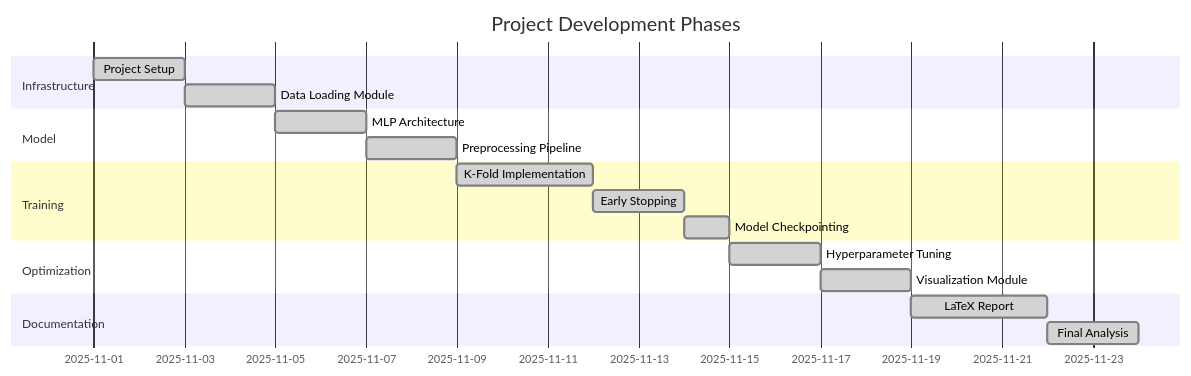
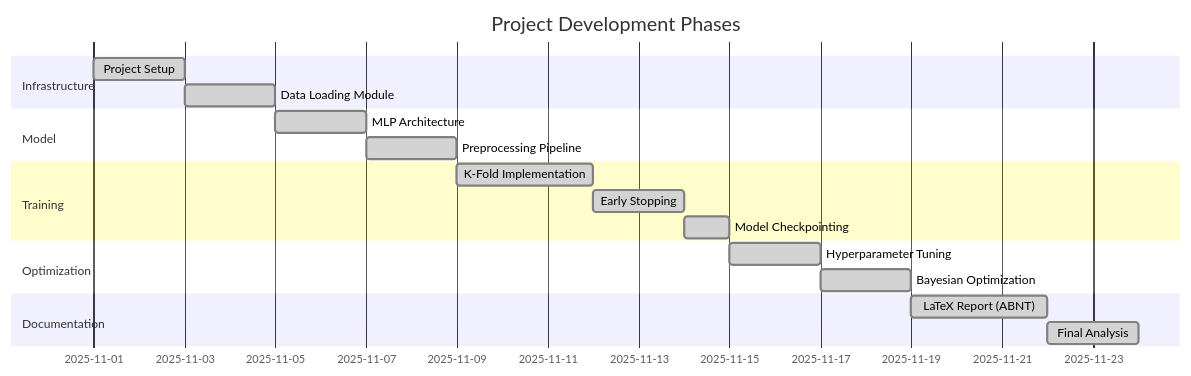
One commit to takaokensei/ufrn-ele-neural-regression changed the second of 2 diagrams in README.md. Above: the diagram before and after it, drawn with Mermaid. The commit also changed other lines of this file, not shown here.

````diff
--- a/README.md
+++ b/README.md
@@ -286,21 +480,21 @@
 ```mermaid
 gantt
     title Project Development Phases
     dateFormat  YYYY-MM-DD
     section Infrastructure
     Project Setup           :done, 2025-11-01, 2d
     Data Loading Module     :done, 2025-11-03, 2d
     section Model
     MLP Architecture        :done, 2025-11-05, 2d
     Preprocessing Pipeline  :done, 2025-11-07, 2d
     section Training
     K-Fold Implementation   :done, 2025-11-09, 3d
     Early Stopping          :done, 2025-11-12, 2d
     Model Checkpointing     :done, 2025-11-14, 1d
     section Optimization
     Hyperparameter Tuning   :done, 2025-11-15, 2d
-    Visualization Module    :done, 2025-11-17, 2d
+    Bayesian Optimization   :done, 2025-11-17, 2d
     section Documentation
-    LaTeX Report            :done, 2025-11-19, 3d
+    LaTeX Report (ABNT)     :done, 2025-11-19, 3d
     Final Analysis          :done, 2025-11-22, 2d
 ```
````
